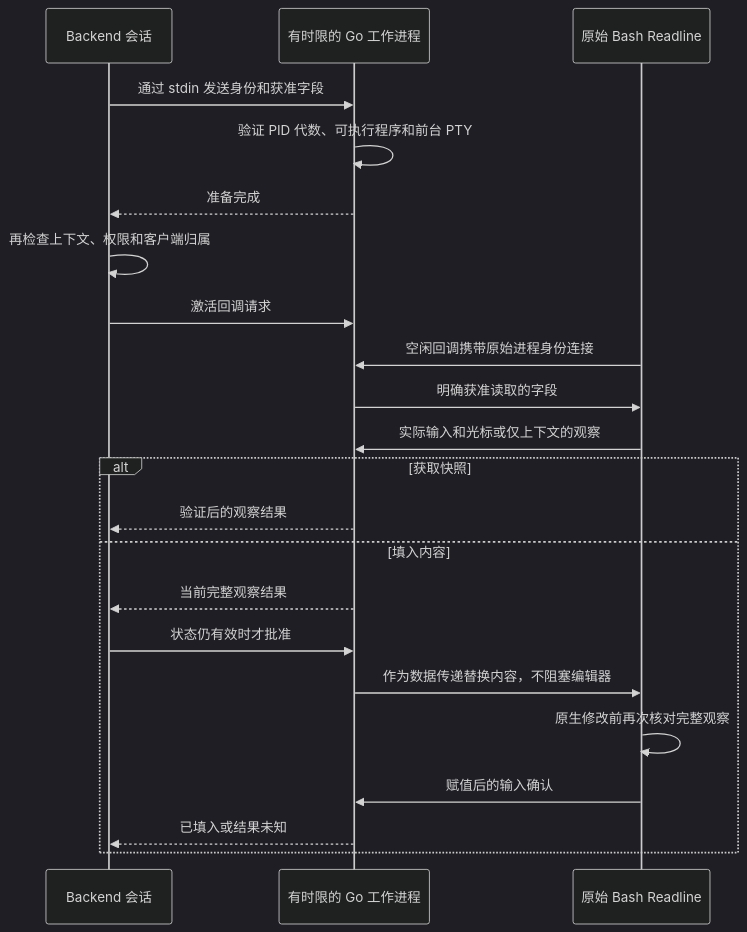
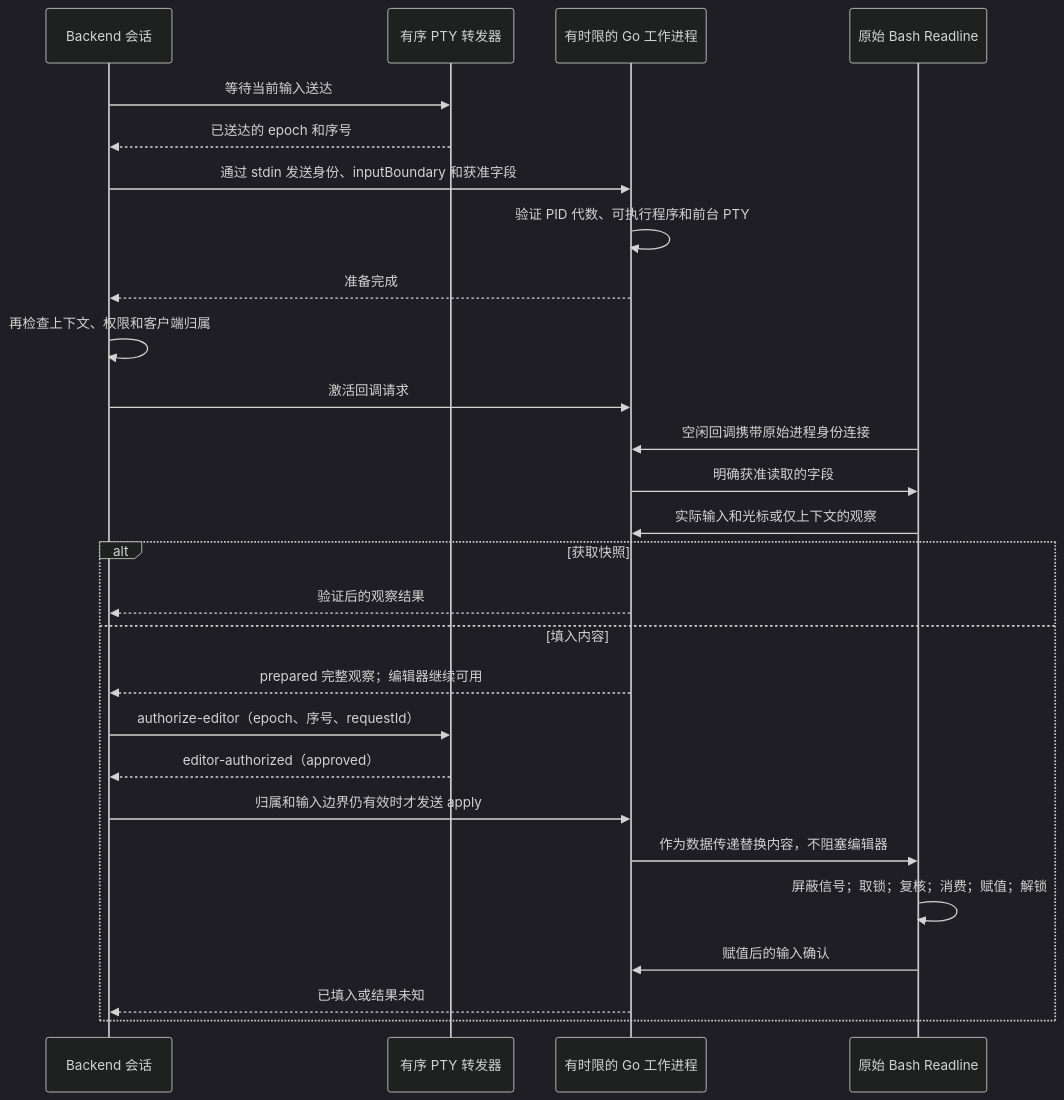
Before and after one commit to agoudbg/Cosmosh: the fourth of 5 diagrams in docs/zh-CN/developer/runtime/ssh-terminal.md, drawn with Mermaid (dark theme). The commit also changed other lines of this file and 82 other files, not shown here.

Commit message:
fix(terminal): require delivered input before editor operations

````diff
--- a/docs/zh-CN/developer/runtime/ssh-terminal.md
+++ b/docs/zh-CN/developer/runtime/ssh-terminal.md
@@ -565,24 +579,29 @@
 ```mermaid
 sequenceDiagram
   participant B as Backend 会话
+  participant T as 有序 PTY 转发器
   participant G as 有时限的 Go 工作进程
   participant E as 原始 Bash Readline
-  B->>G: 通过 stdin 发送身份和获准字段
+  B->>T: 等待当前输入送达
+  T-->>B: 已送达的 epoch 和序号
+  B->>G: 通过 stdin 发送身份、inputBoundary 和获准字段
   G->>G: 验证 PID 代数、可执行程序和前台 PTY
   G-->>B: 准备完成
   B->>B: 再检查上下文、权限和客户端归属
   B->>G: 激活回调请求
   E->>G: 空闲回调携带原始进程身份连接
   G->>E: 明确获准读取的字段
   E->>G: 实际输入和光标或仅上下文的观察
   alt 获取快照
     G-->>B: 验证后的观察结果
   else 填入内容
-    G-->>B: 当前完整观察结果
-    B->>G: 状态仍有效时才批准
+    G-->>B: prepared 完整观察；编辑器继续可用
+    B->>T: authorize-editor（epoch、序号、requestId）
+    T-->>B: editor-authorized（approved）
+    B->>G: 归属和输入边界仍有效时才发送 apply
     G->>E: 作为数据传递替换内容，不阻塞编辑器
-    E->>E: 原生修改前再次核对完整观察
+    E->>E: 屏蔽信号；取锁；复核；消费；赋值；解锁
     E->>G: 赋值后的输入确认
     G-->>B: 已填入或结果未知
   end
 ```
````
